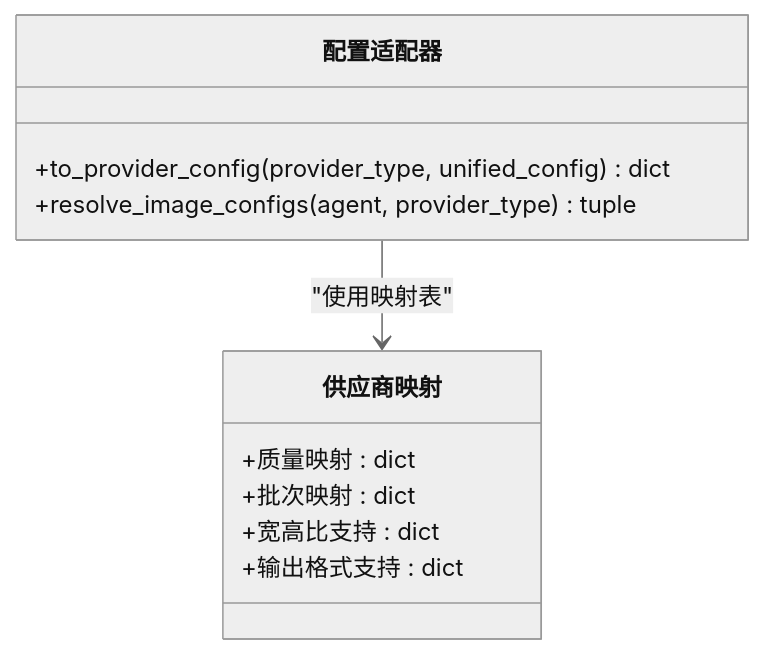
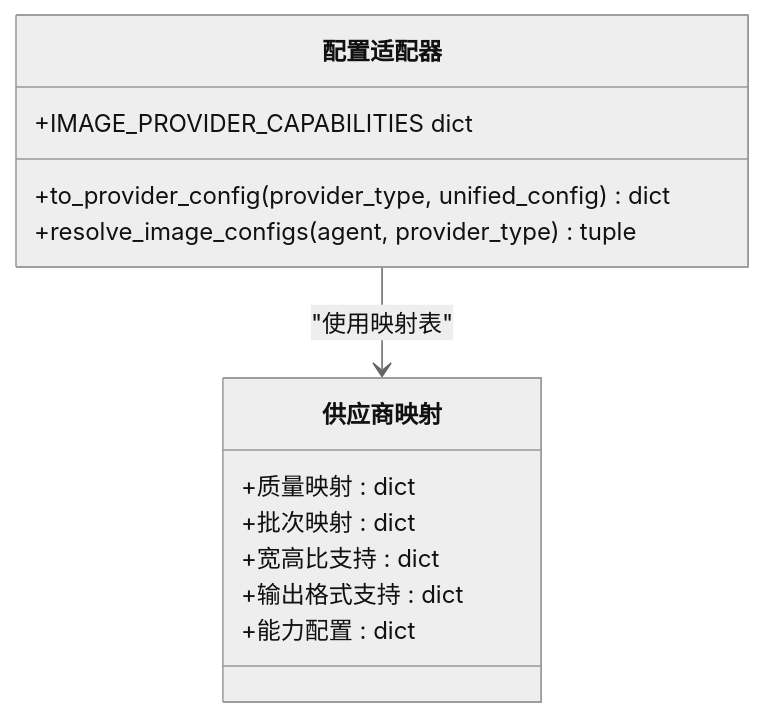
Before and after one commit to KunLabAI/KunFlix: the sixth of 9 diagrams in .qoder/repowiki/zh/content/后端服务架构/业务服务层/媒体生成服务/图像生成系统.md, drawn with Mermaid (neutral theme). The commit also changed other lines of this file and 13 other files, not shown here.

````diff
--- a/.qoder/repowiki/zh/content/后端服务架构/业务服务层/媒体生成服务/图像生成系统.md
+++ b/.qoder/repowiki/zh/content/后端服务架构/业务服务层/媒体生成服务/图像生成系统.md
@@ -252,14 +284,16 @@
 ```mermaid
 classDiagram
 class 配置适配器 {
 +to_provider_config(provider_type, unified_config) dict
 +resolve_image_configs(agent, provider_type) tuple
++IMAGE_PROVIDER_CAPABILITIES dict
 }
 class 供应商映射 {
 +质量映射 : dict
 +批次映射 : dict
 +宽高比支持 : dict
 +输出格式支持 : dict
++能力配置 : dict
 }
 配置适配器 --> 供应商映射 : "使用映射表"
 ```
````
